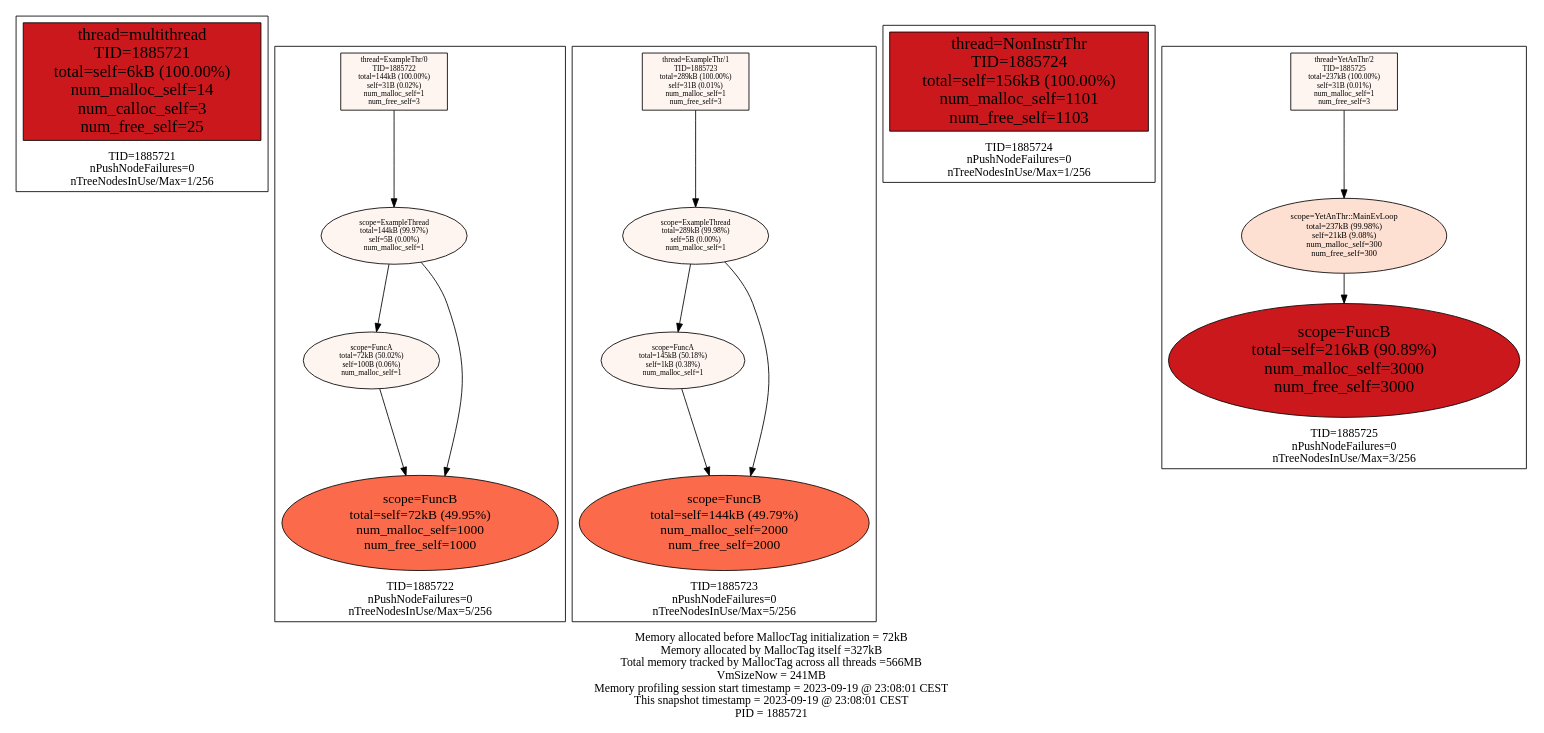
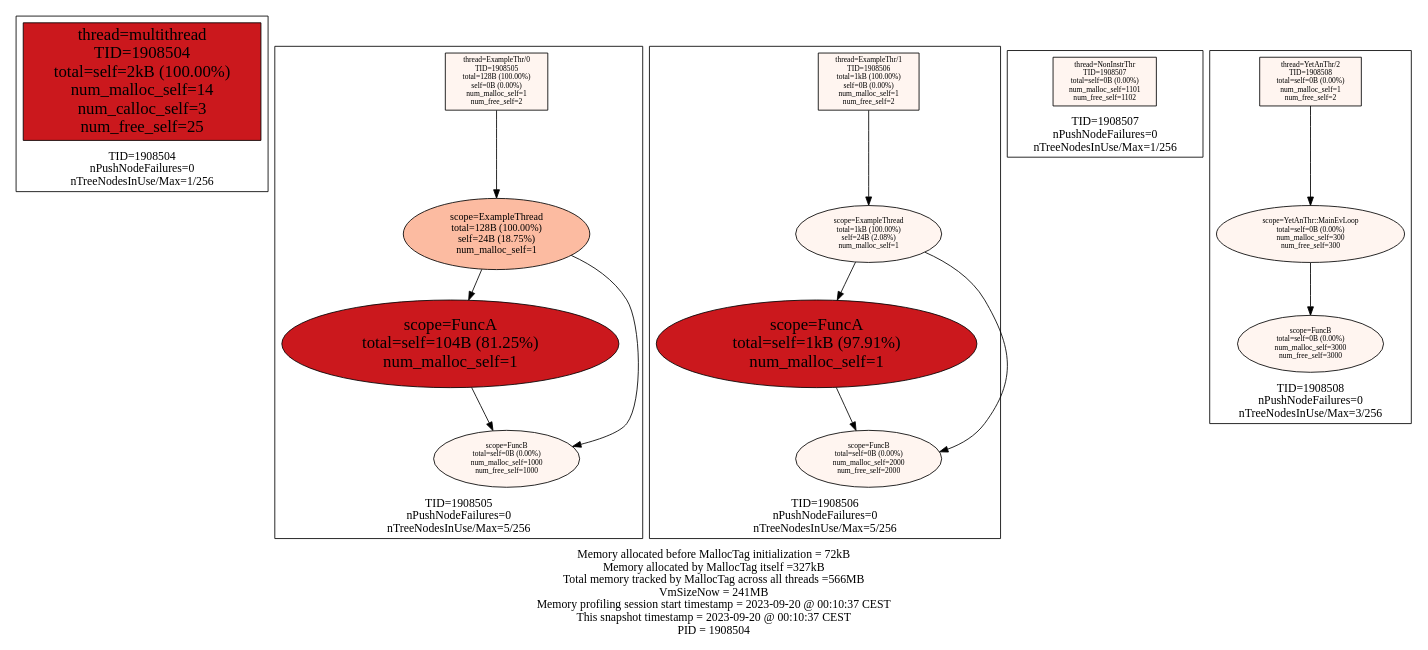
One commit to f18m/malloc-tag changed the diagram in examples/multithread/multithread_stats.dot. Above: the diagram before and after it, drawn with Graphviz. The commit also changed 13 other files, not shown here.

Commit message:
Improve memory tracking by tracking bytes released after free()

```diff
--- a/examples/multithread/multithread_stats.dot
+++ b/examples/multithread/multithread_stats.dot
@@ -1,60 +1,60 @@
 digraph MallocTree {
  node [colorscheme=reds9 style=filled]
- subgraph cluster_TID1885721 {
+ subgraph cluster_TID1908504 {
   node [colorscheme=reds9 style=filled]
   labelloc="b"
-  label="TID=1885721\nnPushNodeFailures=0\nnTreeNodesInUse/Max=1/256\n"
-  "1885721_multithread" [label="thread=multithread\nTID=1885721\ntotal=self=6kB (100.00%)\nnum_malloc_self=14\nnum_calloc_self=3\nnum_free_self=25" shape=box fillcolor=7 fontsize=20]
+  label="TID=1908504\nnPushNodeFailures=0\nnTreeNodesInUse/Max=1/256\n"
+  "1908504_multithread" [label="thread=multithread\nTID=1908504\ntotal=self=2kB (100.00%)\nnum_malloc_self=14\nnum_calloc_self=3\nnum_free_self=25" shape=box fillcolor=7 fontsize=20]
  }
 
- subgraph cluster_TID1885722 {
+ subgraph cluster_TID1908505 {
   node [colorscheme=reds9 style=filled]
   labelloc="b"
-  label="TID=1885722\nnPushNodeFailures=0\nnTreeNodesInUse/Max=5/256\n"
-  "1885722_ExampleThr/0" [label="thread=ExampleThr/0\nTID=1885722\ntotal=144kB (100.00%)\nself=31B (0.02%)\nnum_malloc_self=1\nnum_free_self=3" shape=box fillcolor=1 fontsize=9]
-  "1885722_ExampleThr/0" -> "1885722_ExampleThread"
-  "1885722_ExampleThread" [label="scope=ExampleThread\ntotal=144kB (99.97%)\nself=5B (0.00%)\nnum_malloc_self=1" fillcolor=1 fontsize=9]
-  "1885722_ExampleThread" -> "1885722_FuncA"
-  "1885722_ExampleThread" -> "1885722_FuncB"
-  "1885722_FuncA" [label="scope=FuncA\ntotal=72kB (50.02%)\nself=100B (0.06%)\nnum_malloc_self=1" fillcolor=1 fontsize=9]
-  "1885722_FuncA" -> "1885722_FuncB"
-  "1885722_FuncB" [label="scope=FuncB\ntotal=self=72kB (49.95%)\nnum_malloc_self=1000\nnum_free_self=1000" fillcolor=5 fontsize=16]
-  "1885722_FuncB" [label="scope=FuncB\ntotal=self=72kB (49.95%)\nnum_malloc_self=1000\nnum_free_self=1000" fillcolor=5 fontsize=16]
+  label="TID=1908505\nnPushNodeFailures=0\nnTreeNodesInUse/Max=5/256\n"
+  "1908505_ExampleThr/0" [label="thread=ExampleThr/0\nTID=1908505\ntotal=128B (100.00%)\nself=0B (0.00%)\nnum_malloc_self=1\nnum_free_self=2" shape=box fillcolor=1 fontsize=9]
+  "1908505_ExampleThr/0" -> "1908505_ExampleThread"
+  "1908505_ExampleThread" [label="scope=ExampleThread\ntotal=128B (100.00%)\nself=24B (18.75%)\nnum_malloc_self=1" fillcolor=3 fontsize=12]
+  "1908505_ExampleThread" -> "1908505_FuncA"
+  "1908505_ExampleThread" -> "1908505_FuncB"
+  "1908505_FuncA" [label="scope=FuncA\ntotal=self=104B (81.25%)\nnum_malloc_self=1" fillcolor=7 fontsize=20]
+  "1908505_FuncA" -> "1908505_FuncB"
+  "1908505_FuncB" [label="scope=FuncB\ntotal=self=0B (0.00%)\nnum_malloc_self=1000\nnum_free_self=1000" fillcolor=1 fontsize=9]
+  "1908505_FuncB" [label="scope=FuncB\ntotal=self=0B (0.00%)\nnum_malloc_self=1000\nnum_free_self=1000" fillcolor=1 fontsize=9]
  }
 
- subgraph cluster_TID1885723 {
+ subgraph cluster_TID1908506 {
   node [colorscheme=reds9 style=filled]
   labelloc="b"
-  label="TID=1885723\nnPushNodeFailures=0\nnTreeNodesInUse/Max=5/256\n"
-  "1885723_ExampleThr/1" [label="thread=ExampleThr/1\nTID=1885723\ntotal=289kB (100.00%)\nself=31B (0.01%)\nnum_malloc_self=1\nnum_free_self=3" shape=box fillcolor=1 fontsize=9]
-  "1885723_ExampleThr/1" -> "1885723_ExampleThread"
-  "1885723_ExampleThread" [label="scope=ExampleThread\ntotal=289kB (99.98%)\nself=5B (0.00%)\nnum_malloc_self=1" fillcolor=1 fontsize=9]
-  "1885723_ExampleThread" -> "1885723_FuncA"
-  "1885723_ExampleThread" -> "1885723_FuncB"
-  "1885723_FuncA" [label="scope=FuncA\ntotal=145kB (50.18%)\nself=1kB (0.38%)\nnum_malloc_self=1" fillcolor=1 fontsize=9]
-  "1885723_FuncA" -> "1885723_FuncB"
-  "1885723_FuncB" [label="scope=FuncB\ntotal=self=144kB (49.79%)\nnum_malloc_self=2000\nnum_free_self=2000" fillcolor=5 fontsize=16]
-  "1885723_FuncB" [label="scope=FuncB\ntotal=self=144kB (49.79%)\nnum_malloc_self=2000\nnum_free_self=2000" fillcolor=5 fontsize=16]
+  label="TID=1908506\nnPushNodeFailures=0\nnTreeNodesInUse/Max=5/256\n"
+  "1908506_ExampleThr/1" [label="thread=ExampleThr/1\nTID=1908506\ntotal=1kB (100.00%)\nself=0B (0.00%)\nnum_malloc_self=1\nnum_free_self=2" shape=box fillcolor=1 fontsize=9]
+  "1908506_ExampleThr/1" -> "1908506_ExampleThread"
+  "1908506_ExampleThread" [label="scope=ExampleThread\ntotal=1kB (100.00%)\nself=24B (2.08%)\nnum_malloc_self=1" fillcolor=1 fontsize=9]
+  "1908506_ExampleThread" -> "1908506_FuncA"
+  "1908506_ExampleThread" -> "1908506_FuncB"
+  "1908506_FuncA" [label="scope=FuncA\ntotal=self=1kB (97.91%)\nnum_malloc_self=1" fillcolor=7 fontsize=20]
+  "1908506_FuncA" -> "1908506_FuncB"
+  "1908506_FuncB" [label="scope=FuncB\ntotal=self=0B (0.00%)\nnum_malloc_self=2000\nnum_free_self=2000" fillcolor=1 fontsize=9]
+  "1908506_FuncB" [label="scope=FuncB\ntotal=self=0B (0.00%)\nnum_malloc_self=2000\nnum_free_self=2000" fillcolor=1 fontsize=9]
  }
 
- subgraph cluster_TID1885724 {
+ subgraph cluster_TID1908507 {
   node [colorscheme=reds9 style=filled]
   labelloc="b"
-  label="TID=1885724\nnPushNodeFailures=0\nnTreeNodesInUse/Max=1/256\n"
-  "1885724_NonInstrThr" [label="thread=NonInstrThr\nTID=1885724\ntotal=self=156kB (100.00%)\nnum_malloc_self=1101\nnum_free_self=1103" shape=box fillcolor=7 fontsize=20]
+  label="TID=1908507\nnPushNodeFailures=0\nnTreeNodesInUse/Max=1/256\n"
+  "1908507_NonInstrThr" [label="thread=NonInstrThr\nTID=1908507\ntotal=self=0B (0.00%)\nnum_malloc_self=1101\nnum_free_self=1102" shape=box fillcolor=1 fontsize=9]
  }
 
- subgraph cluster_TID1885725 {
+ subgraph cluster_TID1908508 {
   node [colorscheme=reds9 style=filled]
   labelloc="b"
-  label="TID=1885725\nnPushNodeFailures=0\nnTreeNodesInUse/Max=3/256\n"
-  "1885725_YetAnThr/2" [label="thread=YetAnThr/2\nTID=1885725\ntotal=237kB (100.00%)\nself=31B (0.01%)\nnum_malloc_self=1\nnum_free_self=3" shape=box fillcolor=1 fontsize=9]
-  "1885725_YetAnThr/2" -> "1885725_YetAnThr::MainEvLoop"
-  "1885725_YetAnThr::MainEvLoop" [label="scope=YetAnThr::MainEvLoop\ntotal=237kB (99.98%)\nself=21kB (9.08%)\nnum_malloc_self=300\nnum_free_self=300" fillcolor=2 fontsize=10]
-  "1885725_YetAnThr::MainEvLoop" -> "1885725_FuncB"
-  "1885725_FuncB" [label="scope=FuncB\ntotal=self=216kB (90.89%)\nnum_malloc_self=3000\nnum_free_self=3000" fillcolor=7 fontsize=20]
+  label="TID=1908508\nnPushNodeFailures=0\nnTreeNodesInUse/Max=3/256\n"
+  "1908508_YetAnThr/2" [label="thread=YetAnThr/2\nTID=1908508\ntotal=self=0B (0.00%)\nnum_malloc_self=1\nnum_free_self=2" shape=box fillcolor=1 fontsize=9]
+  "1908508_YetAnThr/2" -> "1908508_YetAnThr::MainEvLoop"
+  "1908508_YetAnThr::MainEvLoop" [label="scope=YetAnThr::MainEvLoop\ntotal=self=0B (0.00%)\nnum_malloc_self=300\nnum_free_self=300" fillcolor=1 fontsize=9]
+  "1908508_YetAnThr::MainEvLoop" -> "1908508_FuncB"
+  "1908508_FuncB" [label="scope=FuncB\ntotal=self=0B (0.00%)\nnum_malloc_self=3000\nnum_free_self=3000" fillcolor=1 fontsize=9]
  }
 
  labelloc="b"
- label="Memory allocated before MallocTag initialization = 72kB\nMemory allocated by MallocTag itself =327kB\nTotal memory tracked by MallocTag across all threads =566MB\nVmSizeNow = 241MB\nMemory profiling session start timestamp = 2023-09-19 @ 23:08:01 CEST\nThis snapshot timestamp = 2023-09-19 @ 23:08:01 CEST\nPID = 1885721\n"
+ label="Memory allocated before MallocTag initialization = 72kB\nMemory allocated by MallocTag itself =327kB\nTotal memory tracked by MallocTag across all threads =566MB\nVmSizeNow = 241MB\nMemory profiling session start timestamp = 2023-09-20 @ 00:10:37 CEST\nThis snapshot timestamp = 2023-09-20 @ 00:10:37 CEST\nPID = 1908504\n"
 }
```
